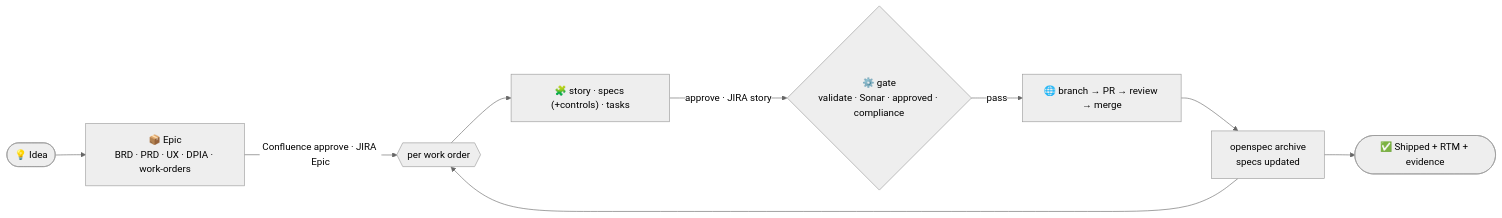
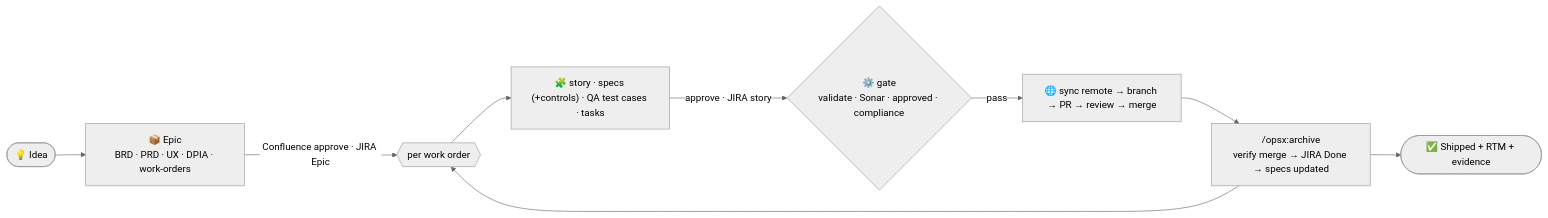
One commit to c0d3beat/openspec-forge changed the diagram in README.md. Above: the diagram before and after it, drawn with Mermaid (neutral theme). The commit also changed other lines of this file, not shown here.

````diff
--- a/README.md
+++ b/README.md
@@ -10,11 +10,11 @@
 ```mermaid
 flowchart LR
   idea(["💡 Idea"]) --> epic["📦 Epic<br/>BRD · PRD · UX · DPIA · work-orders"]
   epic -->|"Confluence approve · JIRA Epic"| loop{{"per work order"}}
-  loop --> wo["🧩 story · specs (+controls) · tasks"]
+  loop --> wo["🧩 story · specs (+controls) · QA test cases · tasks"]
   wo -->|"approve · JIRA story"| gate{"⚙️ gate<br/>validate · Sonar · approved · compliance"}
-  gate -->|"pass"| pr["🌐 branch → PR → review → merge"]
-  pr --> arch["openspec archive<br/>specs updated"]
+  gate -->|"pass"| pr["🌐 sync remote → branch → PR → review → merge"]
+  pr --> arch["/opsx:archive<br/>verify merge → JIRA Done → specs updated"]
   arch --> loop
   arch --> done(["✅ Shipped + RTM + evidence"])
 ```
````
